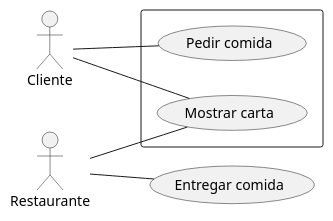
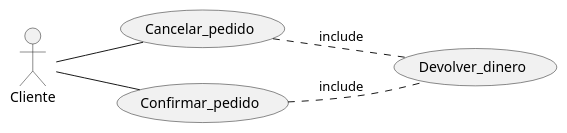
The diagram in src/CasosDeUso.puml (Dpketes/CasosDeUso), drawn with PlantUML before and after one commit.

Commit message:
Uso de include

```diff
--- a/src/CasosDeUso.puml
+++ b/src/CasosDeUso.puml
@@ -1,17 +1,15 @@
 @startuml
 left to right direction
 actor Cliente as cliente
-actor Restaurante as restau
 
-    Rectangle {
-        usecase "Pedir comida" as a1
-        usecase "Mostrar carta" as a2
-    }
+usecase "Cancelar_pedido" as a1
+usecase "Confirmar_pedido" as a2
 
-    usecase "Entregar comida" as a3
+cliente -- a1
+cliente -- a2
 
-    cliente -- a1
-    cliente -- a2
-    restau -- a2
-    restau -- a3
+usecase "Devolver_dinero" as a3
+
+a1 .. a3 : include
+a2 .. a3 : include
 @enduml
```
